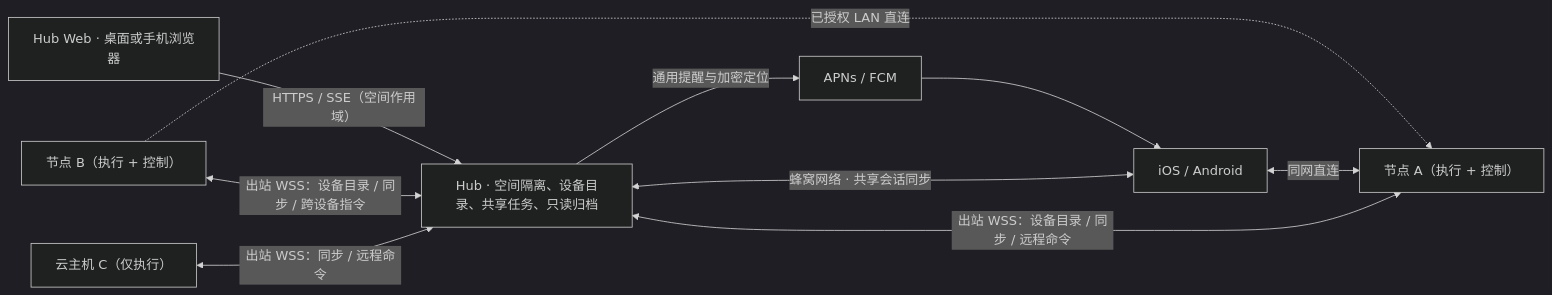
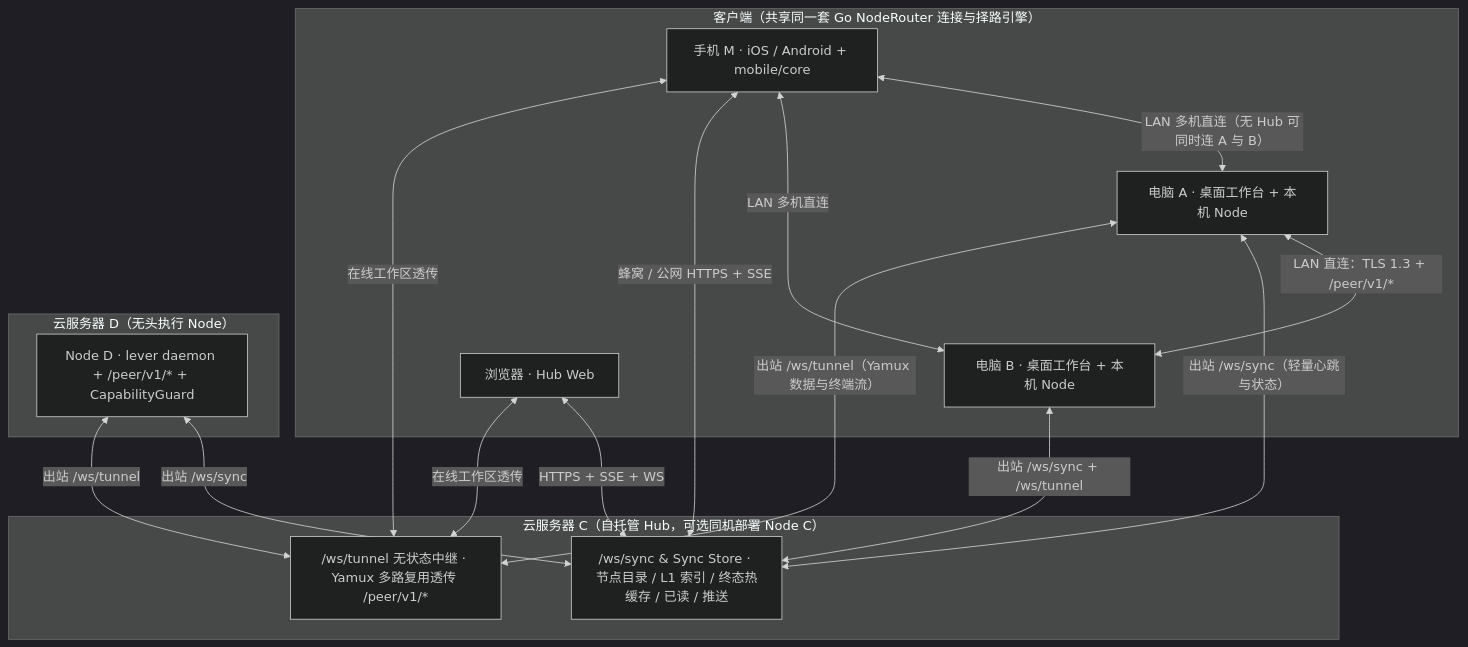
The diagram in docs/remote-devices.md (alfredxw/lever), drawn with Mermaid (dark theme) before and after one commit. The commit also changed other lines of this file, not shown here.

````diff
--- a/docs/remote-devices.md
+++ b/docs/remote-devices.md
@@ -30,11 +38,33 @@
 ```mermaid
-flowchart LR
-    Web["Hub Web · 桌面或手机浏览器"] -->|"HTTPS / SSE（空间作用域）"| Hub["Hub · 空间隔离、设备目录、共享任务、只读归档"]
-    NodeB["节点 B（执行 + 控制）"] <-->|"出站 WSS：设备目录 / 同步 / 跨设备指令"| Hub
-    NodeA["节点 A（执行 + 控制）"] <-->|"出站 WSS：设备目录 / 同步 / 远程命令"| Hub
-    Cloud["云主机 C（仅执行）"] <-->|"出站 WSS：同步 / 远程命令"| Hub
-    NodeB -.->|"已授权 LAN 直连"| NodeA
-    Phone["iOS / Android"] <-->|"同网直连"| NodeA
-    Phone <-->|"蜂窝网络 · 共享会话同步"| Hub
-    Hub -->|"通用提醒与加密定位"| Push["APNs / FCM"] --> Phone
+flowchart TB
+    subgraph Clients["客户端（共享同一套 Go NodeRouter 连接与择路引擎）"]
+        DeskA["电脑 A · 桌面工作台 + 本机 Node"]
+        DeskB["电脑 B · 桌面工作台 + 本机 Node"]
+        PhoneM["手机 M · iOS / Android + mobile/core"]
+        WebUI["浏览器 · Hub Web"]
+    end
+
+    subgraph CloudC["云服务器 C（自托管 Hub，可选同机部署 Node C）"]
+        HubSync["/ws/sync & Sync Store · 节点目录 / L1 索引 / 终态热缓存 / 已读 / 推送"]
+        HubTunnel["/ws/tunnel 无状态中继 · Yamux 多路复用透传 /peer/v1/*"]
+    end
+
+    subgraph CloudD["云服务器 D（无头执行 Node）"]
+        NodeD["Node D · lever daemon + /peer/v1/* + CapabilityGuard"]
+    end
+
+    DeskA <-->|"LAN 直连：TLS 1.3 + /peer/v1/*"| DeskB
+    PhoneM <-->|"LAN 多机直连（无 Hub 可同时连 A 与 B）"| DeskA
+    PhoneM <-->|"LAN 多机直连"| DeskB
+
+    DeskA <-->|"出站 /ws/sync（轻量心跳与状态）"| HubSync
+    DeskA <-->|"出站 /ws/tunnel（Yamux 数据与终端流）"| HubTunnel
+    DeskB <-->|"出站 /ws/sync + /ws/tunnel"| HubSync
+    NodeD <-->|"出站 /ws/sync"| HubSync
+    NodeD <-->|"出站 /ws/tunnel"| HubTunnel
+
+    PhoneM <-->|"蜂窝 / 公网 HTTPS + SSE"| HubSync
+    PhoneM <-->|"在线工作区透传"| HubTunnel
+    WebUI <-->|"HTTPS + SSE + WS"| HubSync
+    WebUI <-->|"在线工作区透传"| HubTunnel
 ```
````
